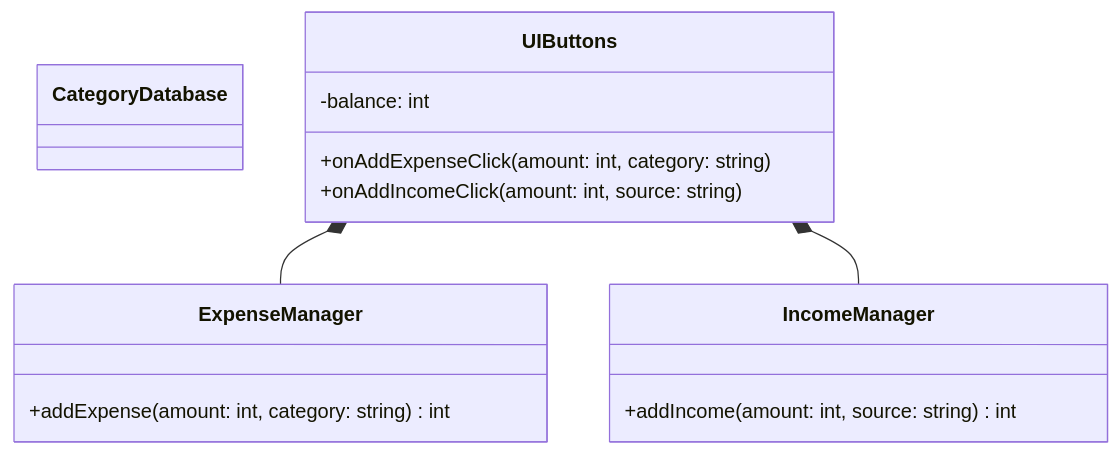
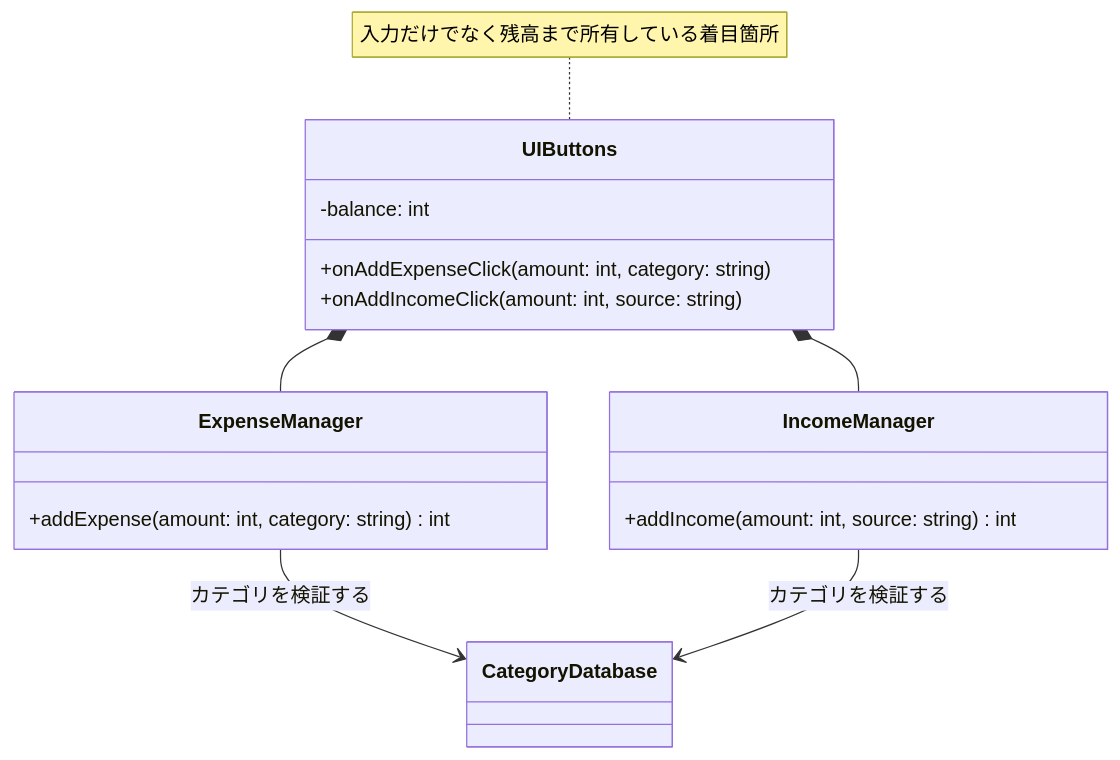
One commit to kumachan1101-pixel/DesignPattern changed the third of 15 diagrams in kindle/design-patterns/output/chapter05.md. Above: the diagram before and after it, drawn with Mermaid. The commit also changed other lines of this file and 21 other files, not shown here.

````diff
--- a/kindle/design-patterns/output/chapter05.md
+++ b/kindle/design-patterns/output/chapter05.md
@@ -143,18 +143,24 @@
 ```mermaid
 classDiagram
     class CategoryDatabase
     class UIButtons {
         -balance: int
         +onAddExpenseClick(amount: int, category: string)
         +onAddIncomeClick(amount: int, source: string)
     }
     class ExpenseManager {
         +addExpense(amount: int, category: string) int
     }
     class IncomeManager {
         +addIncome(amount: int, source: string) int
     }
     UIButtons *-- ExpenseManager
     UIButtons *-- IncomeManager
+    ExpenseManager --> CategoryDatabase : カテゴリを検証する
+    IncomeManager --> CategoryDatabase : カテゴリを検証する
+
+    note for UIButtons "入力だけでなく残高まで所有している着目箇所"
+    classDef focus fill:#FFF2CC,stroke:#D6B656,stroke-width:2px,color:#222222
+    cssClass "UIButtons" focus
 
 ```
````
